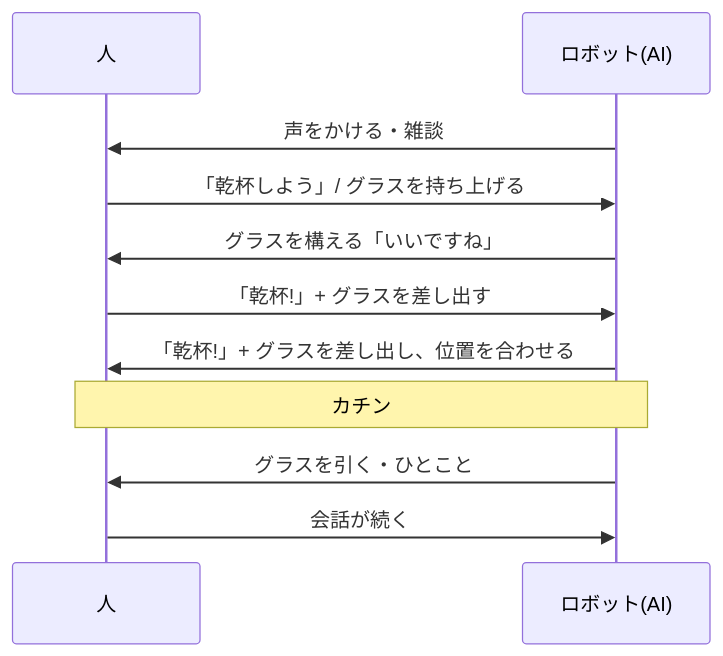
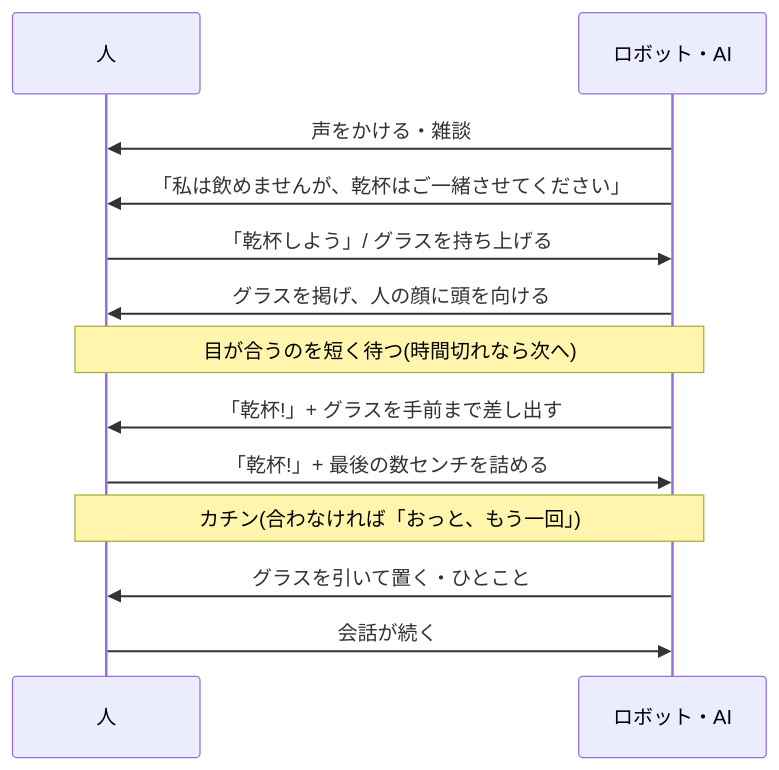
The diagram in docs/concept.md (YukiKudo03/kanpai-robot), drawn with Mermaid before and after one commit. The commit also changed other lines of this file and 6 other files, not shown here.

````diff
--- a/docs/concept.md
+++ b/docs/concept.md
@@ -9,13 +11,15 @@
 ```mermaid
 sequenceDiagram
     participant H as 人
-    participant R as ロボット(AI)
+    participant R as ロボット・AI
     R->>H: 声をかける・雑談
+    R->>H: 「私は飲めませんが、乾杯はご一緒させてください」
     H->>R: 「乾杯しよう」/ グラスを持ち上げる
-    R->>H: グラスを構える「いいですね」
-    H->>R: 「乾杯!」+ グラスを差し出す
-    R->>H: 「乾杯!」+ グラスを差し出し、位置を合わせる
-    Note over H,R: カチン
-    R->>H: グラスを引く・ひとこと
+    R->>H: グラスを掲げ、人の顔に頭を向ける
+    Note over H,R: 目が合うのを短く待つ(時間切れなら次へ)
+    R->>H: 「乾杯!」+ グラスを手前まで差し出す
+    H->>R: 「乾杯!」+ 最後の数センチを詰める
+    Note over H,R: カチン(合わなければ「おっと、もう一回」)
+    R->>H: グラスを引いて置く・ひとこと
     H->>R: 会話が続く
 ```
````
